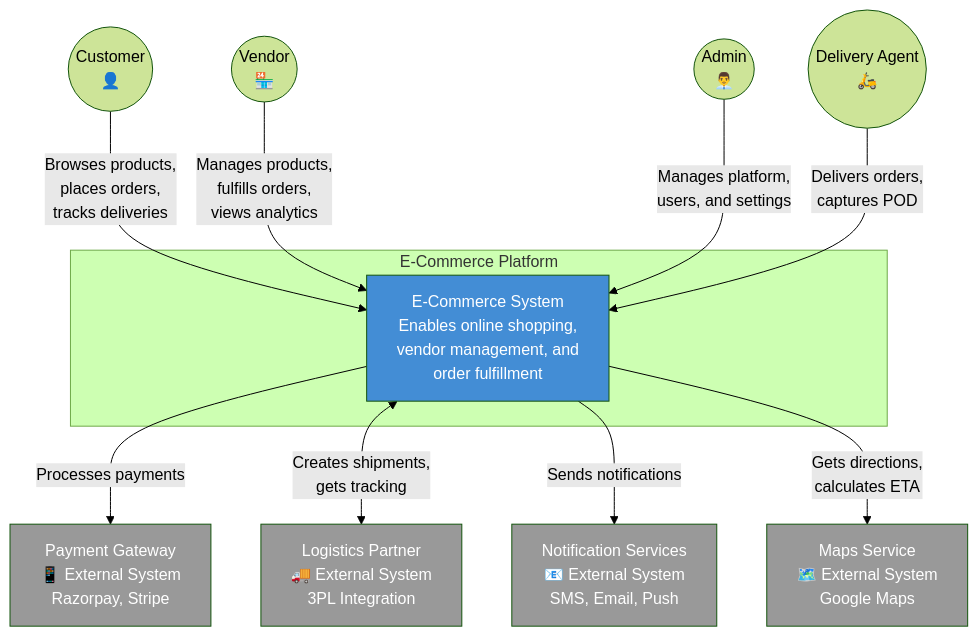
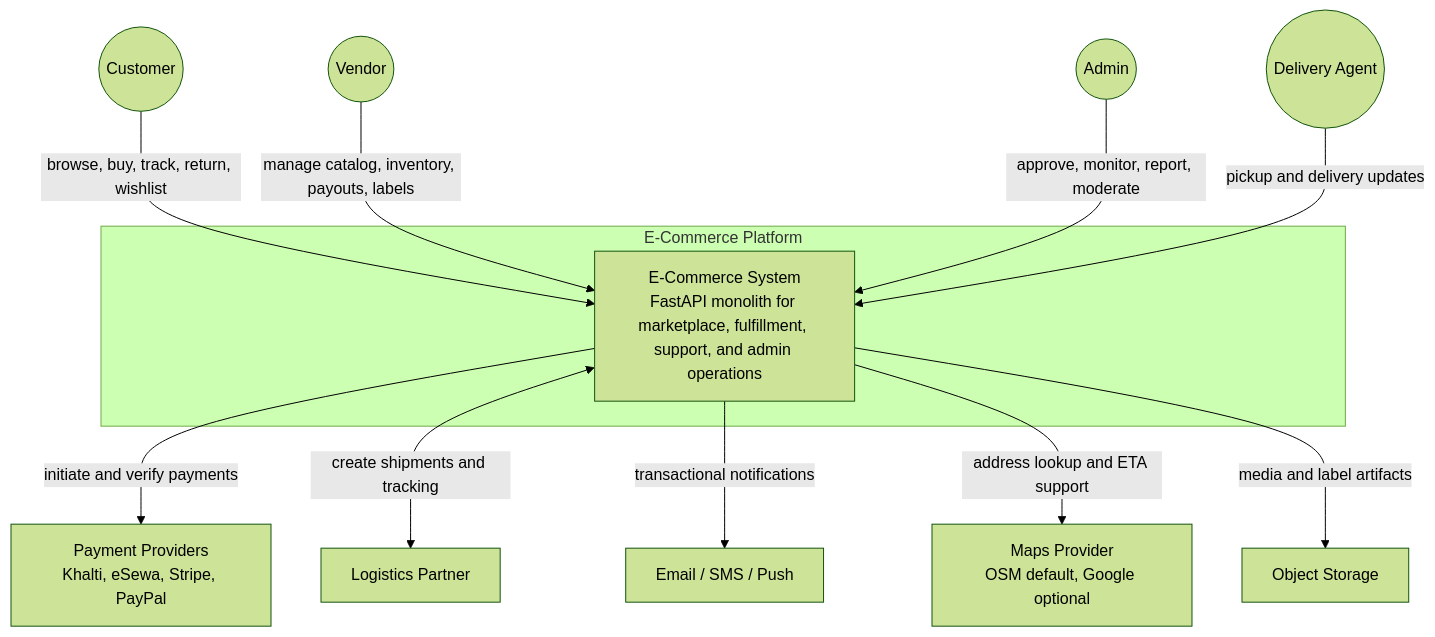
The first of 4 diagrams in docs/system-design/high-level-design/c4-diagrams.md (0Ankit0/e-commerce), drawn with Mermaid (forest theme) before and after one commit. The commit also changed other lines of this file and 24 other files, not shown here.

````diff
--- a/docs/system-design/high-level-design/c4-diagrams.md
+++ b/docs/system-design/high-level-design/c4-diagrams.md
@@ -10,32 +10,28 @@
 ```mermaid
 graph TB
-    Customer((Customer<br>👤))
-    Vendor((Vendor<br>🏪))
-    Admin((Admin<br>👨‍💼))
-    Agent((Delivery Agent<br>🛵))
+    Customer((Customer))
+    Vendor((Vendor))
+    Admin((Admin))
+    Agent((Delivery Agent))
 
     subgraph "E-Commerce Platform"
-        System[E-Commerce System<br>Enables online shopping,<br>vendor management, and<br>order fulfillment]
+        System[E-Commerce System<br>FastAPI monolith for marketplace, fulfillment, support, and admin operations]
     end
 
-    PaymentGW[Payment Gateway<br>📱 External System<br>Razorpay, Stripe]
-    LogisticsPartner[Logistics Partner<br>🚚 External System<br>3PL Integration]
-    NotificationSvc[Notification Services<br>📧 External System<br>SMS, Email, Push]
-    MapsAPI[Maps Service<br>🗺️ External System<br>Google Maps]
+    PaymentGW[Payment Providers<br>Khalti, eSewa, Stripe, PayPal]
+    LogisticsPartner[Logistics Partner]
+    NotificationProviders[Email / SMS / Push]
+    MapsAPI[Maps Provider<br>OSM default, Google optional]
+    MediaStorage[Object Storage]
 
-    Customer -->|Browses products,<br>places orders,<br>tracks deliveries| System
-    Vendor -->|Manages products,<br>fulfills orders,<br>views analytics| System
-    Admin -->|Manages platform,<br>users, and settings| System
-    Agent -->|Delivers orders,<br>captures POD| System
+    Customer -->|browse, buy, track, return, wishlist| System
+    Vendor -->|manage catalog, inventory, payouts, labels| System
+    Admin -->|approve, monitor, report, moderate| System
+    Agent -->|pickup and delivery updates| System
 
-    System -->|Processes payments| PaymentGW
-    System <-->|Creates shipments,<br>gets tracking| LogisticsPartner
-    System -->|Sends notifications| NotificationSvc
-    System -->|Gets directions,<br>calculates ETA| MapsAPI
-
-    style System fill:#438DD5,color:#fff
-    style PaymentGW fill:#999,color:#fff
-    style LogisticsPartner fill:#999,color:#fff
-    style NotificationSvc fill:#999,color:#fff
-    style MapsAPI fill:#999,color:#fff
+    System -->|initiate and verify payments| PaymentGW
+    System <-->|create shipments and tracking| LogisticsPartner
+    System -->|transactional notifications| NotificationProviders
+    System -->|address lookup and ETA support| MapsAPI
+    System -->|media and label artifacts| MediaStorage
 ```
````
